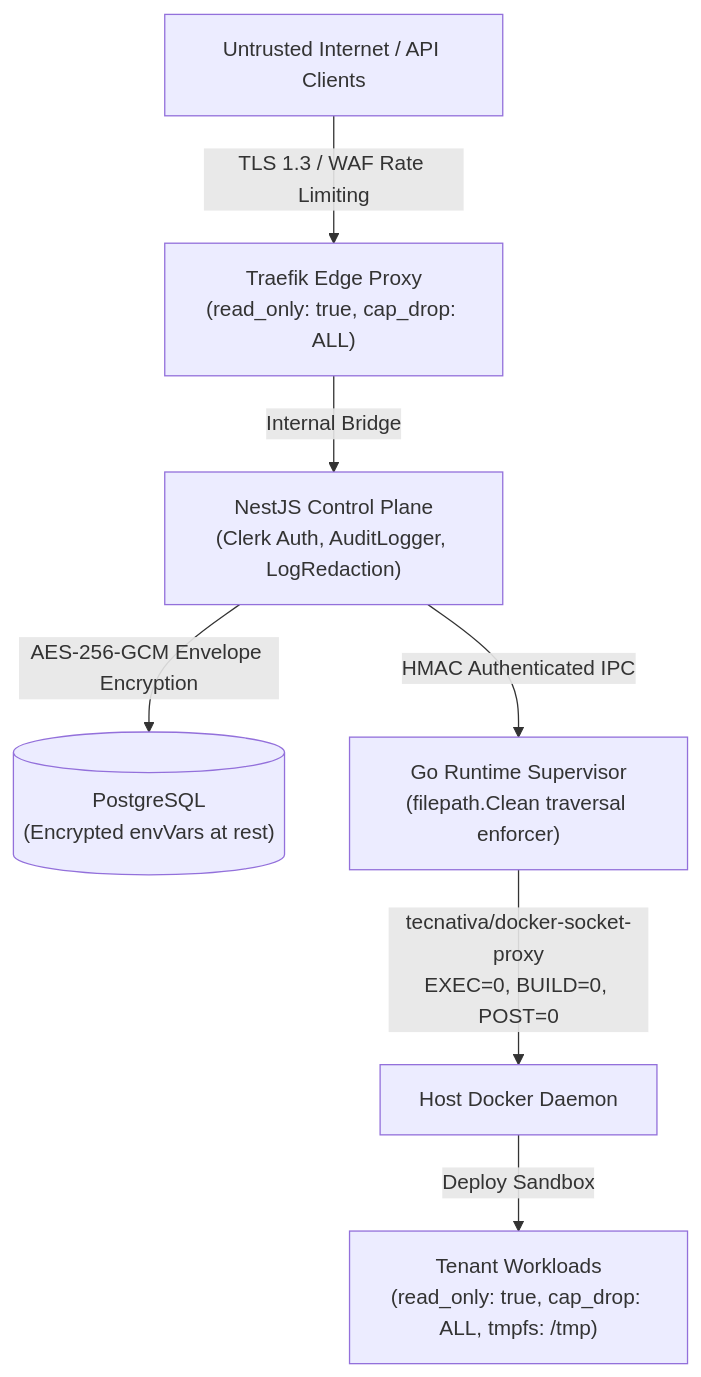
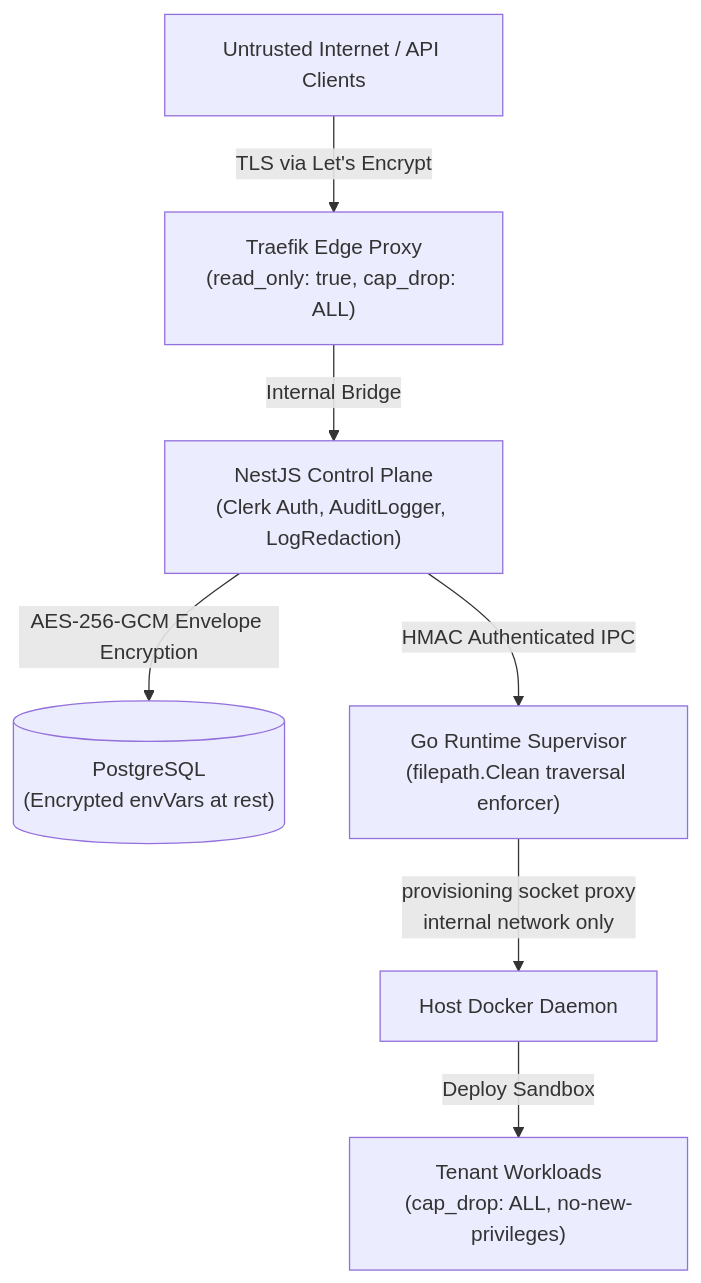
The second of 2 diagrams in README.md (Emjaay20/AetherHost), drawn with Mermaid before and after one commit. The commit also changed other lines of this file and 23 other files, not shown here.

````diff
--- a/README.md
+++ b/README.md
@@ -348,9 +348,9 @@
 ```mermaid
 flowchart TD
-    Internet["Untrusted Internet / API Clients"] -->|TLS 1.3 / WAF Rate Limiting| Traefik["Traefik Edge Proxy\n(read_only: true, cap_drop: ALL)"]
+    Internet["Untrusted Internet / API Clients"] -->|TLS via Let's Encrypt| Traefik["Traefik Edge Proxy\n(read_only: true, cap_drop: ALL)"]
     Traefik -->|Internal Bridge| API["NestJS Control Plane\n(Clerk Auth, AuditLogger, LogRedaction)"]
     API -->|AES-256-GCM Envelope Encryption| PG[("PostgreSQL\n(Encrypted envVars at rest)")]
     API -->|HMAC Authenticated IPC| Agent["Go Runtime Supervisor\n(filepath.Clean traversal enforcer)"]
-    Agent -->|tecnativa/docker-socket-proxy\nEXEC=0, BUILD=0, POST=0| DockerEngine["Host Docker Daemon"]
-    DockerEngine -->|Deploy Sandbox| Tenant["Tenant Workloads\n(read_only: true, cap_drop: ALL, tmpfs: /tmp)"]
+    Agent -->|provisioning socket proxy\ninternal network only| DockerEngine["Host Docker Daemon"]
+    DockerEngine -->|Deploy Sandbox| Tenant["Tenant Workloads\n(cap_drop: ALL, no-new-privileges)"]
 ```
````
